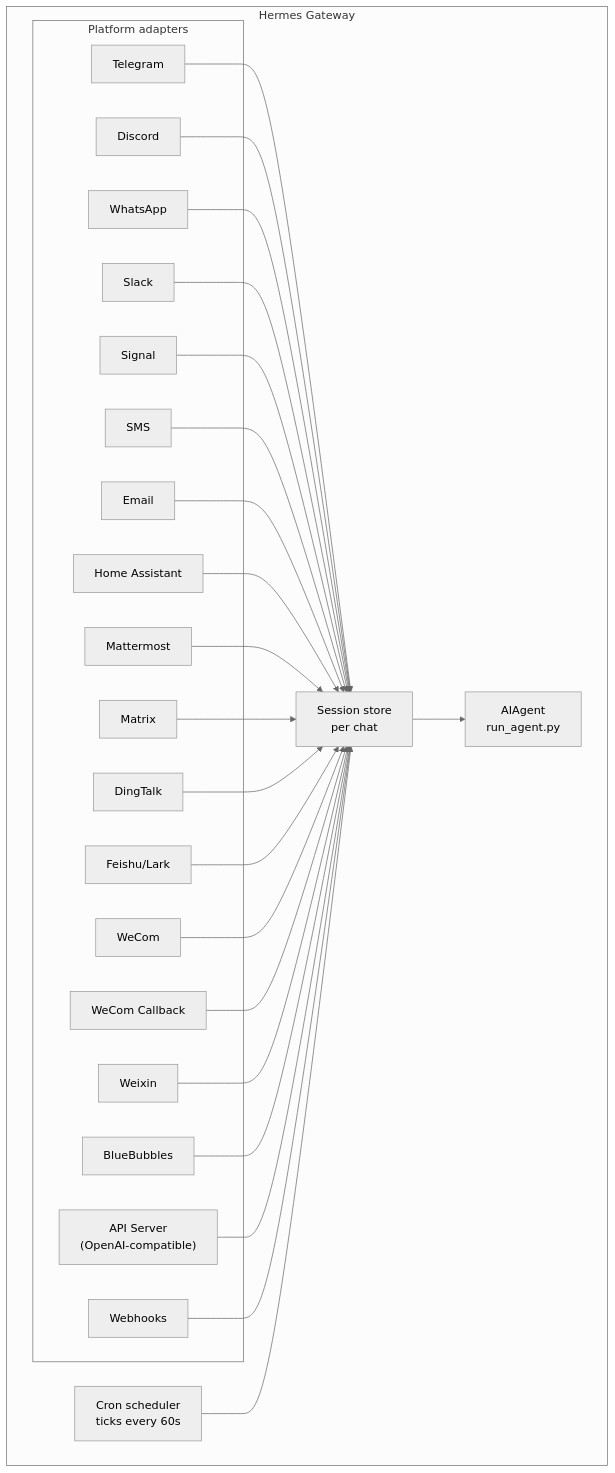
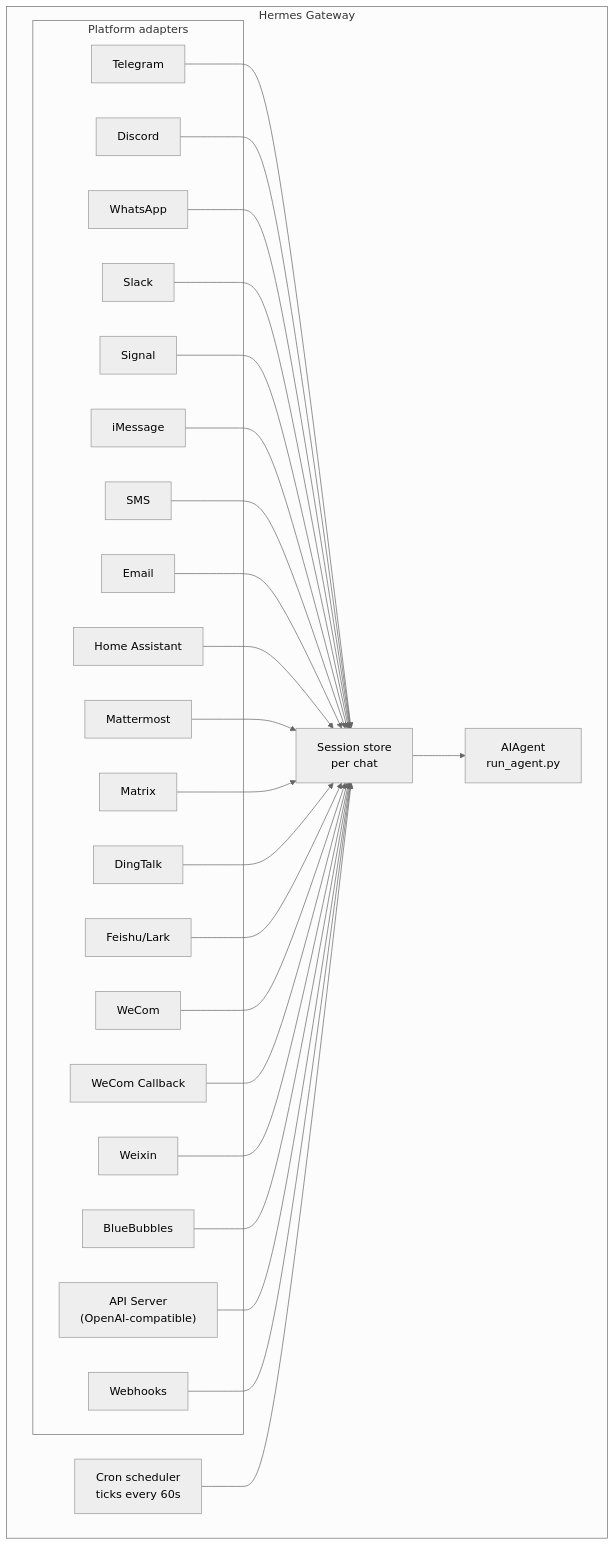
One commit to NousResearch/hermes-agent changed the diagram in website/docs/user-guide/messaging/index.md. Above: the diagram before and after it, drawn with Mermaid (neutral theme). The commit also changed other lines of this file and 6 other files, not shown here.

````diff
--- a/website/docs/user-guide/messaging/index.md
+++ b/website/docs/user-guide/messaging/index.md
@@ -38,50 +39,52 @@
 ```mermaid
 flowchart TB
     subgraph Gateway["Hermes Gateway"]
         subgraph Adapters["Platform adapters"]
             tg[Telegram]
             dc[Discord]
             wa[WhatsApp]
             sl[Slack]
             sig[Signal]
+            ims[iMessage]
             sms[SMS]
             em[Email]
             ha[Home Assistant]
             mm[Mattermost]
             mx[Matrix]
             dt[DingTalk]
     fs[Feishu/Lark]
     wc[WeCom]
     wcb[WeCom Callback]
     wx[Weixin]
     bb[BlueBubbles]
             api["API Server<br/>(OpenAI-compatible)"]
             wh[Webhooks]
         end
 
         store["Session store<br/>per chat"]
         agent["AIAgent<br/>run_agent.py"]
         cron["Cron scheduler<br/>ticks every 60s"]
     end
 
     tg --> store
     dc --> store
     wa --> store
     sl --> store
     sig --> store
+    ims --> store
     sms --> store
     em --> store
     ha --> store
     mm --> store
     mx --> store
     dt --> store
     fs --> store
     wc --> store
     wcb --> store
     wx --> store
     bb --> store
     api --> store
     wh --> store
     store --> agent
     cron --> store
 ```
````
